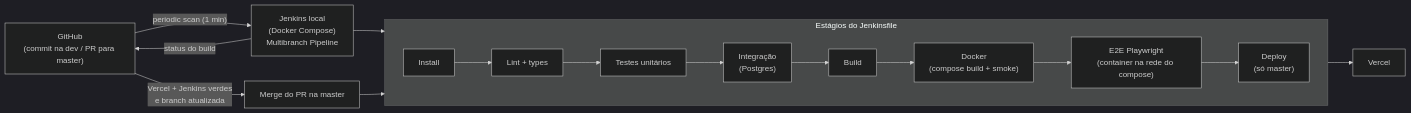
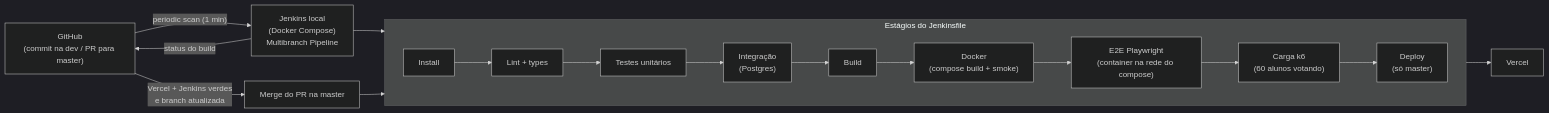
One commit to Frombull/cathoot changed the second of 2 diagrams in docs/arquitetura.md. Above: the diagram before and after it, drawn with Mermaid (dark theme). The commit also changed 4 other files, not shown here.

````diff
--- a/docs/arquitetura.md
+++ b/docs/arquitetura.md
@@ -28,15 +28,15 @@
 ```mermaid
 flowchart LR
     GH["GitHub<br/>(commit na dev / PR para master)"] -->|"periodic scan (1 min)"| JK["Jenkins local<br/>(Docker Compose)<br/>Multibranch Pipeline"]
 
     subgraph Stages["Estágios do Jenkinsfile"]
         direction LR
-        S0["Install"] --> S1["Lint + types"] --> S2["Testes unitários"] --> S4["Integração<br/>(Postgres)"] --> S3["Build"] --> SD["Docker<br/>(compose build + smoke)"] --> S5["E2E Playwright<br/>(container na rede do compose)"] --> S6["Deploy<br/>(só master)"]
+        S0["Install"] --> S1["Lint + types"] --> S2["Testes unitários"] --> S4["Integração<br/>(Postgres)"] --> S3["Build"] --> SD["Docker<br/>(compose build + smoke)"] --> S5["E2E Playwright<br/>(container na rede do compose)"] --> SC["Carga k6<br/>(60 alunos votando)"] --> S6["Deploy<br/>(só master)"]
     end
 
     JK --> S0
     S6 --> VERCEL["Vercel"]
     JK -->|"status do build"| GH
     GH -->|"Vercel + Jenkins verdes<br/>e branch atualizada"| MASTER["Merge do PR na master"]
     MASTER --> S6
 ```
````
